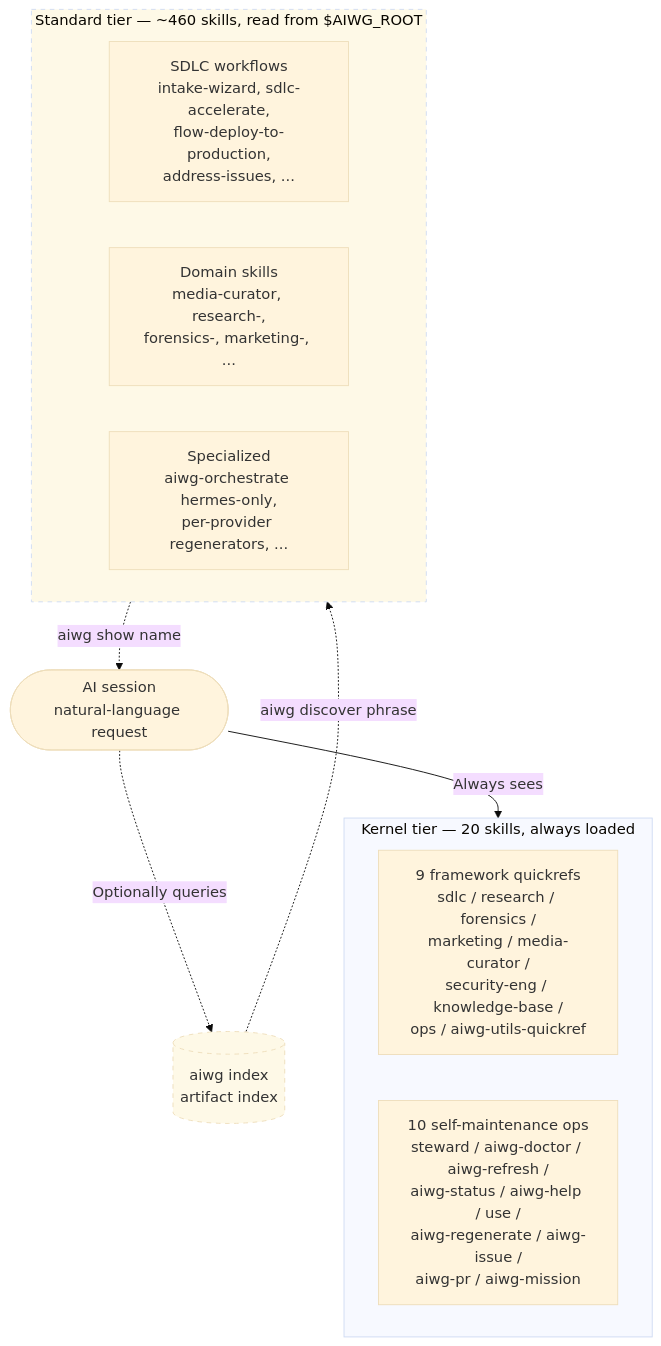
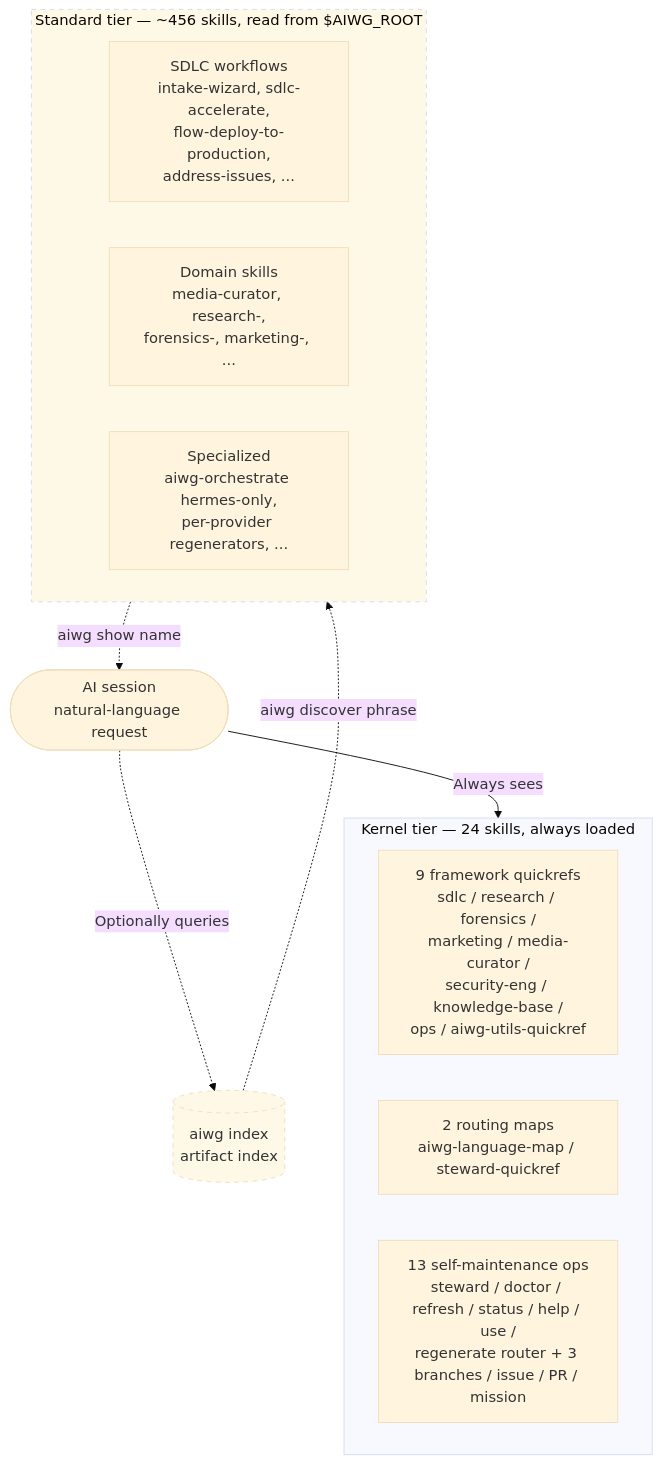
One commit to jmagly/ai-writing-guide changed the second of 8 diagrams in docs/architecture-overview.md. Above: the diagram before and after it, drawn with Mermaid (base theme). The commit also changed other lines of this file and 22 other files, not shown here.

````diff
--- a/docs/architecture-overview.md
+++ b/docs/architecture-overview.md
@@ -75,26 +75,27 @@
 ```mermaid
 flowchart TB
-  subgraph KERNEL["Kernel tier — 20 skills, always loaded"]
+  subgraph KERNEL["Kernel tier — 24 skills, always loaded"]
     direction LR
     K1[9 framework quickrefs<br/>sdlc / research / forensics /<br/>marketing / media-curator /<br/>security-eng / knowledge-base /<br/>ops / aiwg-utils-quickref]
-    K2[10 self-maintenance ops<br/>steward / aiwg-doctor / aiwg-refresh /<br/>aiwg-status / aiwg-help / use /<br/>aiwg-regenerate / aiwg-issue /<br/>aiwg-pr / aiwg-mission]
+    K2[2 routing maps<br/>aiwg-language-map / steward-quickref]
+    K3[13 self-maintenance ops<br/>steward / doctor / refresh / status / help / use /<br/>regenerate router + 3 branches / issue / PR / mission]
   end
 
-  subgraph STANDARD["Standard tier — ~460 skills, read from $AIWG_ROOT"]
+  subgraph STANDARD["Standard tier — ~456 skills, read from $AIWG_ROOT"]
     direction LR
     S1[SDLC workflows<br/>intake-wizard, sdlc-accelerate,<br/>flow-deploy-to-production,<br/>address-issues, ...]
     S2[Domain skills<br/>media-curator, research-,<br/>forensics-, marketing-, ...]
     S3[Specialized<br/>aiwg-orchestrate hermes-only,<br/>per-provider regenerators, ...]
   end
 
   AGENT([AI session<br/>natural-language request])
 
   AGENT -->|Always sees| KERNEL
   AGENT -.->|Optionally queries| INDEX[(aiwg index<br/>artifact index)]
   INDEX -.->|aiwg discover phrase| STANDARD
   STANDARD -.->|aiwg show name| AGENT
 
   classDef optional stroke-dasharray: 5 5,fill:#fef9e7
   class INDEX optional
   class STANDARD optional
 ```
````
